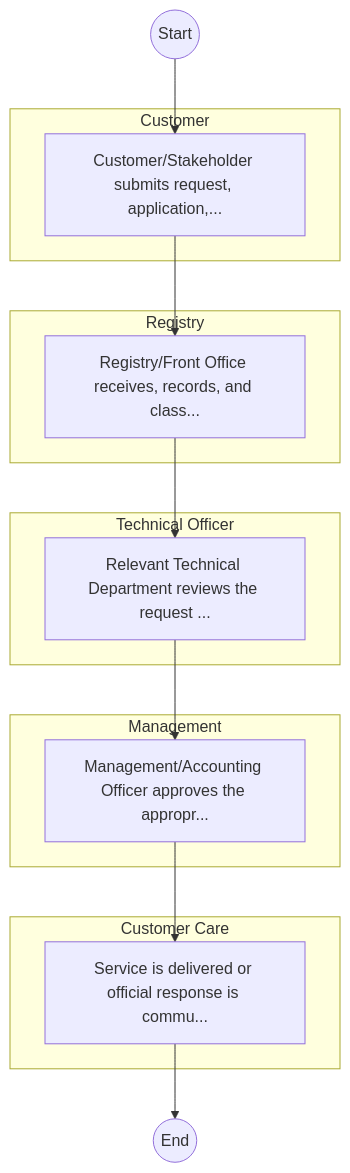
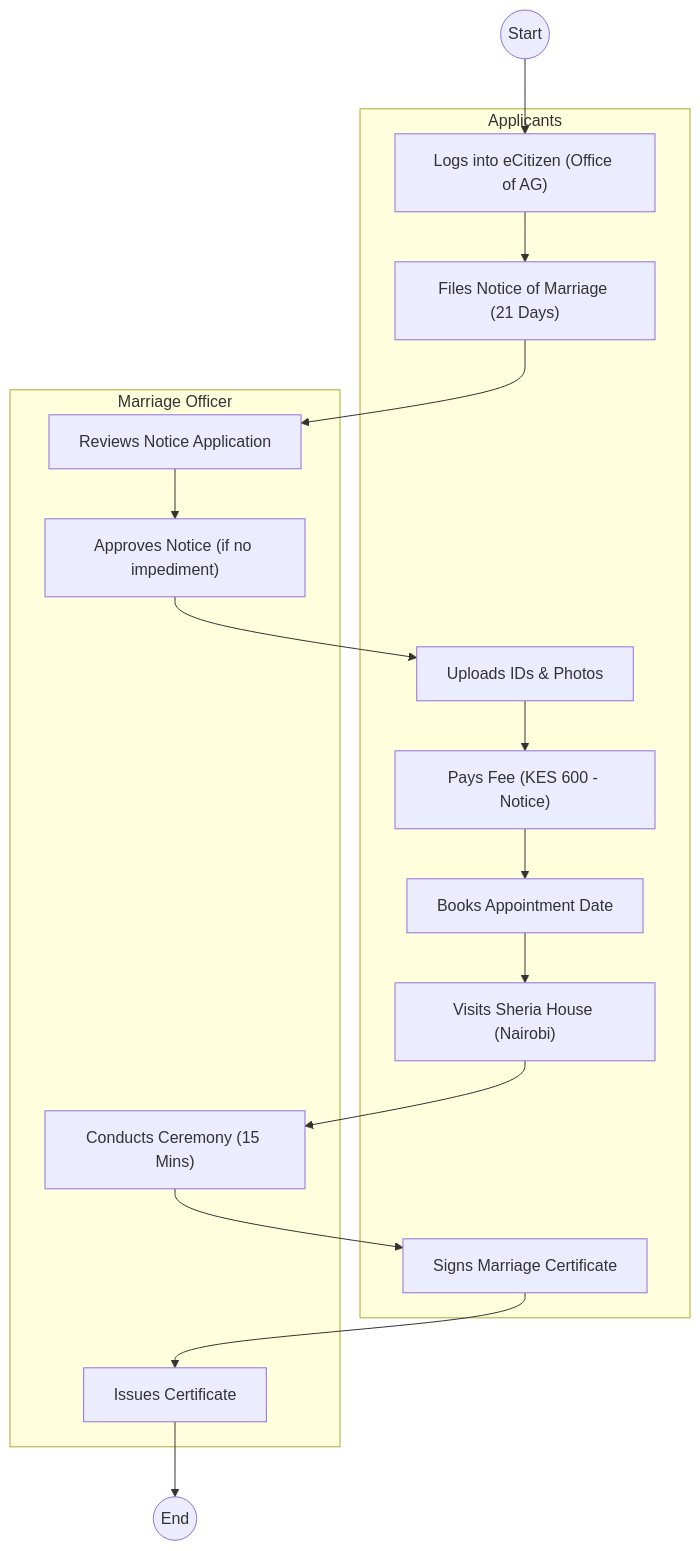
The first of 2 diagrams in mdas/docs_final/State_Law_Office_The___Service_Delivery.md (BITZ-IT-Consulting-LTD/ictapoc), drawn with Mermaid before and after one commit. The commit also changed other lines of this file and 60 other files, not shown here.

````diff
--- a/mdas/docs_final/State_Law_Office_The___Service_Delivery.md
+++ b/mdas/docs_final/State_Law_Office_The___Service_Delivery.md
@@ -20,24 +20,31 @@
 ```mermaid
 graph TD
     Start((Start)) --> S1
-    subgraph Customer [Customer]
-        S1["Customer/Stakeholder submits request, application,..."]
+    subgraph Couple [Applicants]
+        S1["Logs into eCitizen (Office of AG)"]
+        S2["Files Notice of Marriage (21 Days)"]
+        S3["Uploads IDs & Photos"]
+        S4["Pays Fee (KES 600 - Notice)"]
+        S5["Books Appointment Date"]
+        S6["Visits Sheria House (Nairobi)"]
+        S8["Signs Marriage Certificate"]
     end
-    subgraph Registry [Registry]
-        S2["Registry/Front Office receives, records, and class..."]
+    subgraph Registrar [Marriage Officer]
+        S2a["Reviews Notice Application"]
+        S2b["Approves Notice (if no impediment)"]
+        S7["Conducts Ceremony (15 Mins)"]
+        S9["Issues Certificate"]
     end
-    subgraph TechnicalOfficer [Technical Officer]
-        S3["Relevant Technical Department reviews the request ..."]
-    end
-    subgraph Management [Management]
-        S4["Management/Accounting Officer approves the appropr..."]
-    end
-    subgraph CustomerCare [Customer Care]
-        S5["Service is delivered or official response is commu..."]
-    end
+    
     S1 --> S2
-    S2 --> S3
+    S2 --> S2a
+    S2a --> S2b
+    S2b --> S3
     S3 --> S4
     S4 --> S5
-    S5 --> End((End))
+    S5 --> S6
+    S6 --> S7
+    S7 --> S8
+    S8 --> S9
+    S9 --> End((End))
 ```
````
